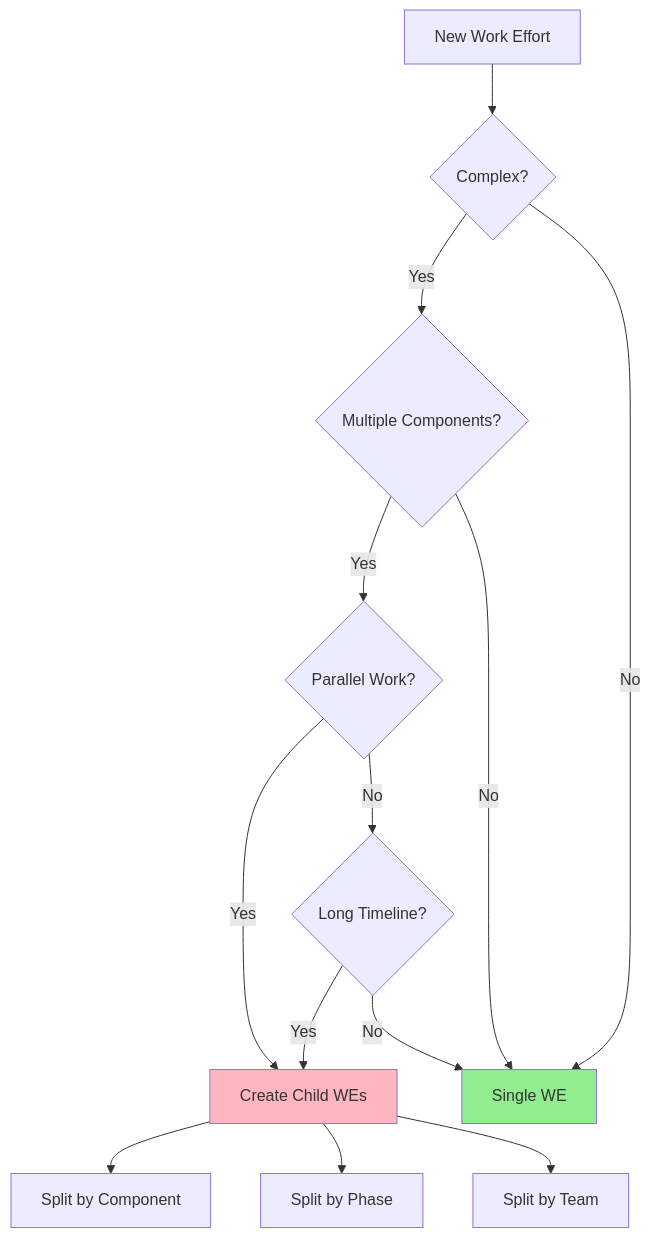
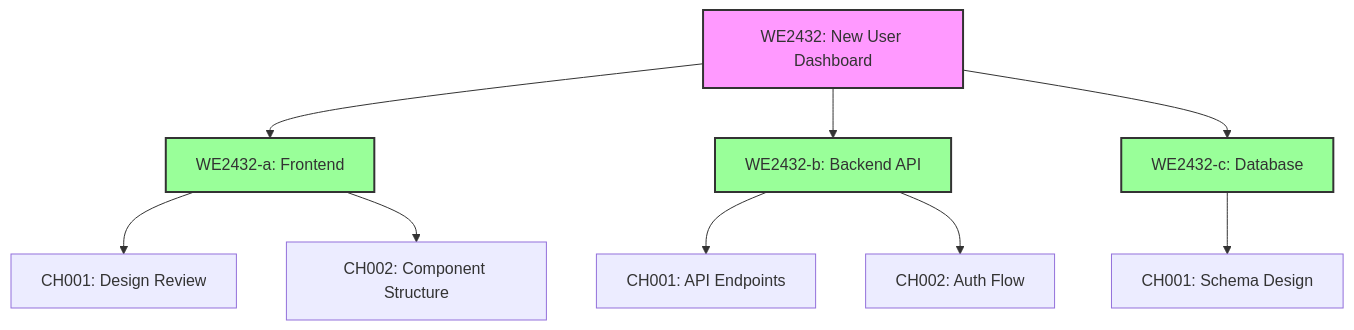
Before and after one commit to ctavolazzi/quartz: the third of 3 diagrams in content/Work Effort Implementation Guidelines.md, drawn with Mermaid. The commit also changed other lines of this file and 2 other files, not shown here.

````diff
--- a/content/Work Effort Implementation Guidelines.md
+++ b/content/Work Effort Implementation Guidelines.md
@@ -640,22 +357,19 @@
 ```mermaid
-flowchart TD
-    A[New Work Effort] --> B{Complex?}
-    B -->|Yes| C{Multiple Components?}
-    B -->|No| D[Single WE]
+graph TD
+    A[WE2432: New User Dashboard] --> B[WE2432-a: Frontend]
+    A --> C[WE2432-b: Backend API]
+    A --> D[WE2432-c: Database]
 
-    C -->|Yes| E{Parallel Work?}
-    C -->|No| D
+    B --> E[CH001: Design Review]
+    B --> F[CH002: Component Structure]
 
-    E -->|Yes| F[Create Child WEs]
-    E -->|No| G{Long Timeline?}
+    C --> G[CH001: API Endpoints]
+    C --> H[CH002: Auth Flow]
 
-    G -->|Yes| F
-    G -->|No| D
+    D --> I[CH001: Schema Design]
 
-    F --> H[Split by Component]
-    F --> I[Split by Phase]
-    F --> J[Split by Team]
-
-    style D fill:#90EE90
-    style F fill:#FFB6C1
+    style A fill:#f9f,stroke:#333,stroke-width:2px
+    style B fill:#9f9,stroke:#333,stroke-width:2px
+    style C fill:#9f9,stroke:#333,stroke-width:2px
+    style D fill:#9f9,stroke:#333,stroke-width:2px
 ```
````
